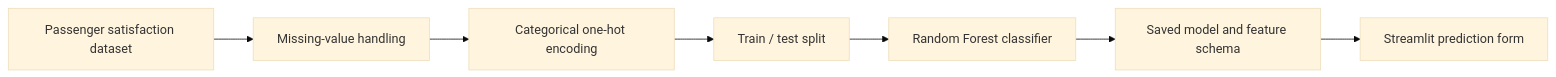
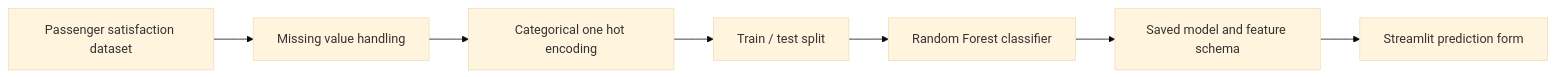
One commit to adeoluwa-4/airline-no-show-prediction changed the diagram in README.md. Above: the diagram before and after it, drawn with Mermaid (base theme). The commit also changed other lines of this file, not shown here.

````diff
--- a/README.md
+++ b/README.md
@@ -15,9 +15,9 @@
 ```mermaid
 flowchart LR
-    A["Passenger satisfaction dataset"] --> B["Missing-value handling"]
-    B --> C["Categorical one-hot encoding"]
+    A["Passenger satisfaction dataset"] --> B["Missing value handling"]
+    B --> C["Categorical one hot encoding"]
     C --> D["Train / test split"]
     D --> E["Random Forest classifier"]
     E --> F["Saved model and feature schema"]
     F --> G["Streamlit prediction form"]
 ```
````
